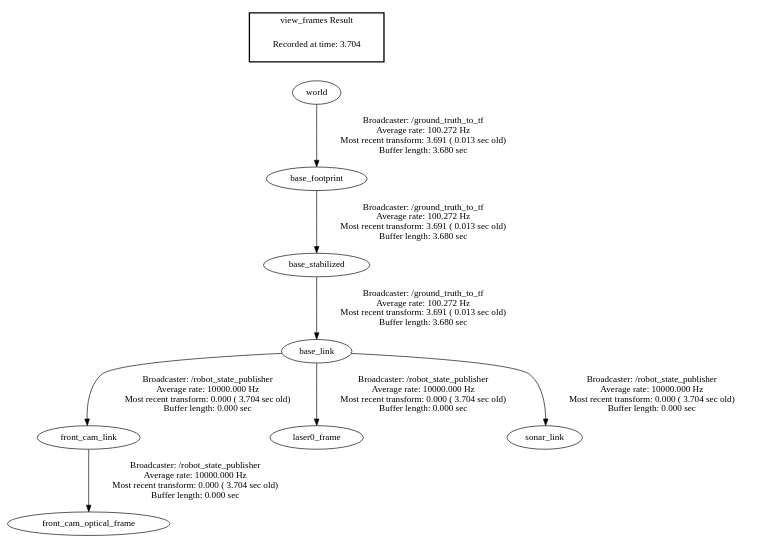
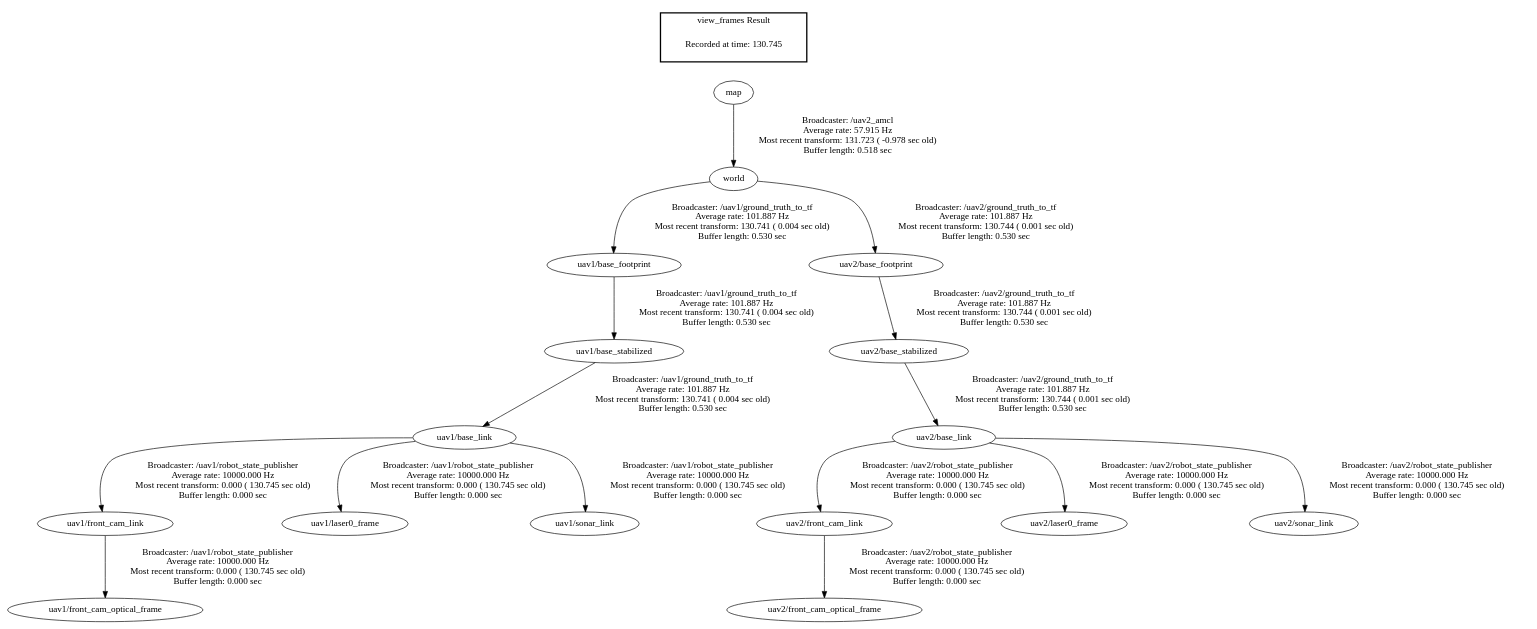
One commit to Brycexander/DroneSwarmSource changed the diagram in frames.gv. Above: the diagram before and after it, drawn with Graphviz. The commit also changed 25 other files, not shown here.

```diff
--- a/frames.gv
+++ b/frames.gv
@@ -1,13 +1,21 @@
 digraph G {
-"world" -> "base_footprint"[label="Broadcaster: /ground_truth_to_tf\nAverage rate: 100.272 Hz\nMost recent transform: 3.691 ( 0.013 sec old)\nBuffer length: 3.680 sec\n"];
-"base_footprint" -> "base_stabilized"[label="Broadcaster: /ground_truth_to_tf\nAverage rate: 100.272 Hz\nMost recent transform: 3.691 ( 0.013 sec old)\nBuffer length: 3.680 sec\n"];
-"base_stabilized" -> "base_link"[label="Broadcaster: /ground_truth_to_tf\nAverage rate: 100.272 Hz\nMost recent transform: 3.691 ( 0.013 sec old)\nBuffer length: 3.680 sec\n"];
-"base_link" -> "front_cam_link"[label="Broadcaster: /robot_state_publisher\nAverage rate: 10000.000 Hz\nMost recent transform: 0.000 ( 3.704 sec old)\nBuffer length: 0.000 sec\n"];
-"front_cam_link" -> "front_cam_optical_frame"[label="Broadcaster: /robot_state_publisher\nAverage rate: 10000.000 Hz\nMost recent transform: 0.000 ( 3.704 sec old)\nBuffer length: 0.000 sec\n"];
-"base_link" -> "laser0_frame"[label="Broadcaster: /robot_state_publisher\nAverage rate: 10000.000 Hz\nMost recent transform: 0.000 ( 3.704 sec old)\nBuffer length: 0.000 sec\n"];
-"base_link" -> "sonar_link"[label="Broadcaster: /robot_state_publisher\nAverage rate: 10000.000 Hz\nMost recent transform: 0.000 ( 3.704 sec old)\nBuffer length: 0.000 sec\n"];
+"uav1/base_link" -> "uav1/front_cam_link"[label="Broadcaster: /uav1/robot_state_publisher\nAverage rate: 10000.000 Hz\nMost recent transform: 0.000 ( 130.745 sec old)\nBuffer length: 0.000 sec\n"];
+"uav1/base_stabilized" -> "uav1/base_link"[label="Broadcaster: /uav1/ground_truth_to_tf\nAverage rate: 101.887 Hz\nMost recent transform: 130.741 ( 0.004 sec old)\nBuffer length: 0.530 sec\n"];
+"uav1/front_cam_link" -> "uav1/front_cam_optical_frame"[label="Broadcaster: /uav1/robot_state_publisher\nAverage rate: 10000.000 Hz\nMost recent transform: 0.000 ( 130.745 sec old)\nBuffer length: 0.000 sec\n"];
+"uav1/base_link" -> "uav1/laser0_frame"[label="Broadcaster: /uav1/robot_state_publisher\nAverage rate: 10000.000 Hz\nMost recent transform: 0.000 ( 130.745 sec old)\nBuffer length: 0.000 sec\n"];
+"uav1/base_link" -> "uav1/sonar_link"[label="Broadcaster: /uav1/robot_state_publisher\nAverage rate: 10000.000 Hz\nMost recent transform: 0.000 ( 130.745 sec old)\nBuffer length: 0.000 sec\n"];
+"uav2/base_link" -> "uav2/front_cam_link"[label="Broadcaster: /uav2/robot_state_publisher\nAverage rate: 10000.000 Hz\nMost recent transform: 0.000 ( 130.745 sec old)\nBuffer length: 0.000 sec\n"];
+"uav2/base_stabilized" -> "uav2/base_link"[label="Broadcaster: /uav2/ground_truth_to_tf\nAverage rate: 101.887 Hz\nMost recent transform: 130.744 ( 0.001 sec old)\nBuffer length: 0.530 sec\n"];
+"uav2/front_cam_link" -> "uav2/front_cam_optical_frame"[label="Broadcaster: /uav2/robot_state_publisher\nAverage rate: 10000.000 Hz\nMost recent transform: 0.000 ( 130.745 sec old)\nBuffer length: 0.000 sec\n"];
+"uav2/base_link" -> "uav2/laser0_frame"[label="Broadcaster: /uav2/robot_state_publisher\nAverage rate: 10000.000 Hz\nMost recent transform: 0.000 ( 130.745 sec old)\nBuffer length: 0.000 sec\n"];
+"uav2/base_link" -> "uav2/sonar_link"[label="Broadcaster: /uav2/robot_state_publisher\nAverage rate: 10000.000 Hz\nMost recent transform: 0.000 ( 130.745 sec old)\nBuffer length: 0.000 sec\n"];
+"world" -> "uav1/base_footprint"[label="Broadcaster: /uav1/ground_truth_to_tf\nAverage rate: 101.887 Hz\nMost recent transform: 130.741 ( 0.004 sec old)\nBuffer length: 0.530 sec\n"];
+"map" -> "world"[label="Broadcaster: /uav2_amcl\nAverage rate: 57.915 Hz\nMost recent transform: 131.723 ( -0.978 sec old)\nBuffer length: 0.518 sec\n"];
+"uav1/base_footprint" -> "uav1/base_stabilized"[label="Broadcaster: /uav1/ground_truth_to_tf\nAverage rate: 101.887 Hz\nMost recent transform: 130.741 ( 0.004 sec old)\nBuffer length: 0.530 sec\n"];
+"world" -> "uav2/base_footprint"[label="Broadcaster: /uav2/ground_truth_to_tf\nAverage rate: 101.887 Hz\nMost recent transform: 130.744 ( 0.001 sec old)\nBuffer length: 0.530 sec\n"];
+"uav2/base_footprint" -> "uav2/base_stabilized"[label="Broadcaster: /uav2/ground_truth_to_tf\nAverage rate: 101.887 Hz\nMost recent transform: 130.744 ( 0.001 sec old)\nBuffer length: 0.530 sec\n"];
 edge [style=invis];
  subgraph cluster_legend { style=bold; color=black; label ="view_frames Result";
-"Recorded at time: 3.704"[ shape=plaintext ] ;
- }->"world";
+"Recorded at time: 130.745"[ shape=plaintext ] ;
+ }->"map";
 }
```
